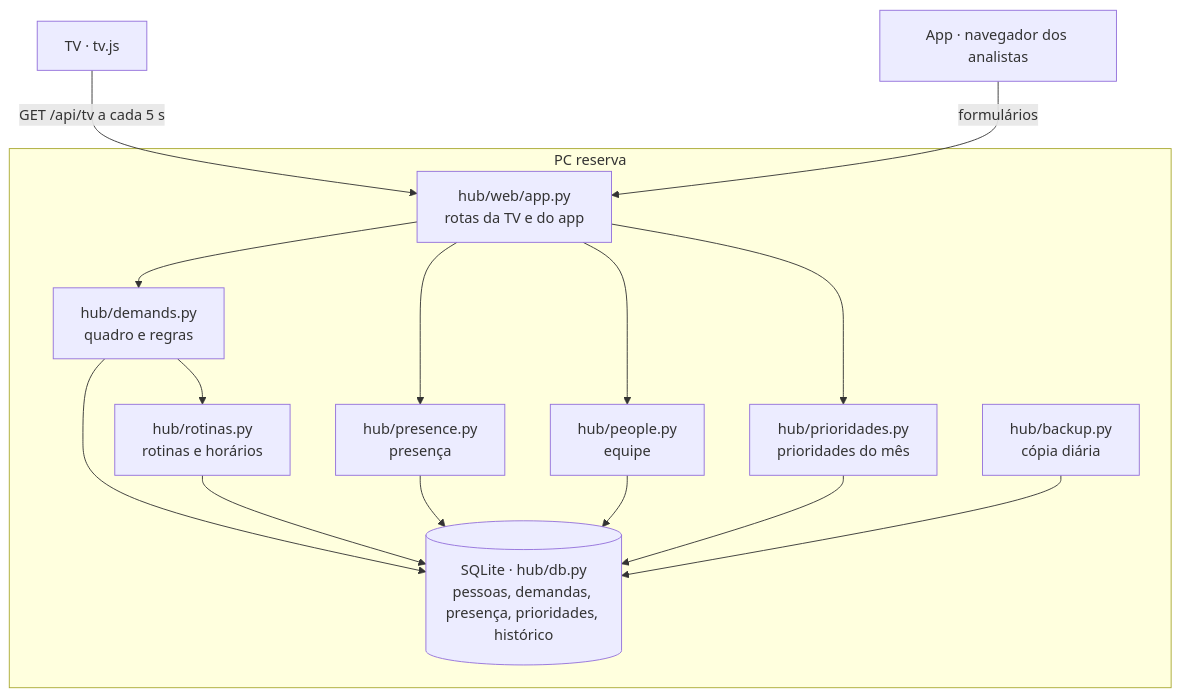
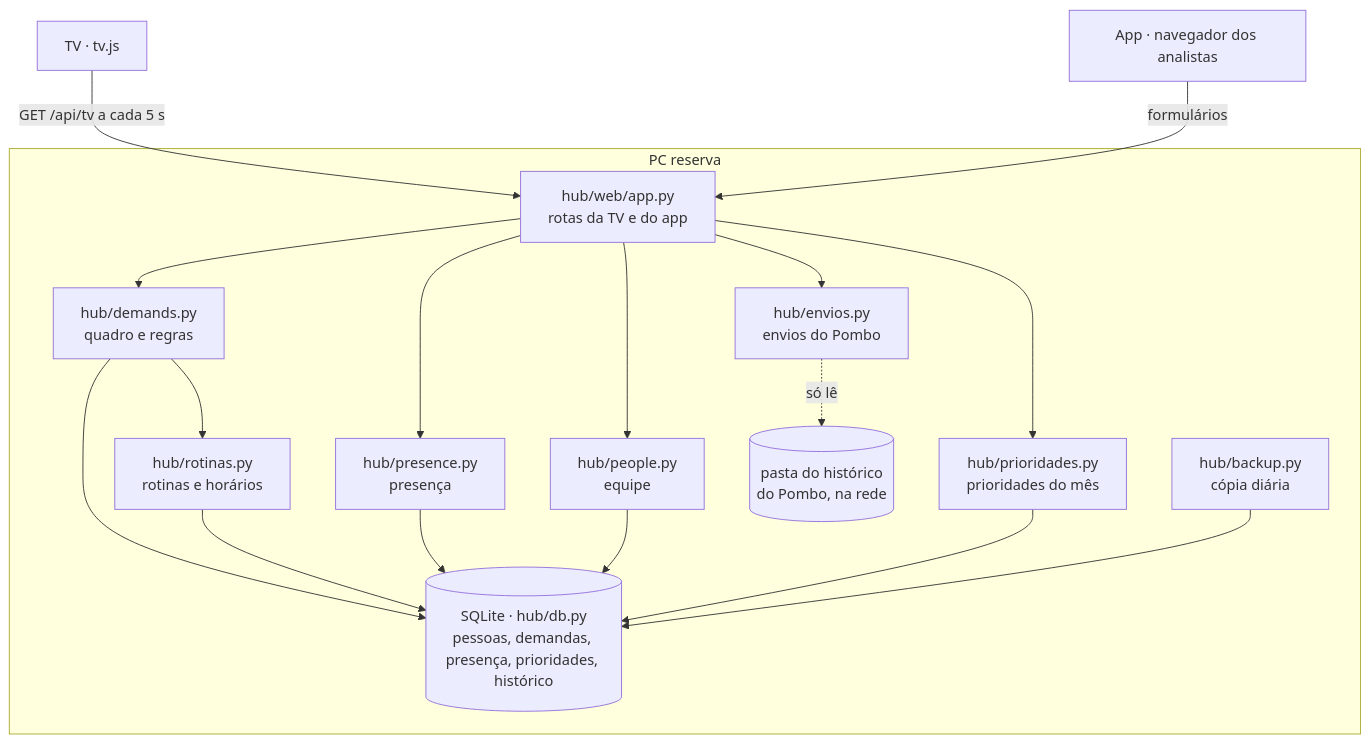
One commit to fishman2004/hub-analistas changed the diagram in docs/arquitetura.md. Above: the diagram before and after it, drawn with Mermaid. The commit also changed other lines of this file and 25 other files, not shown here.

````diff
--- a/docs/arquitetura.md
+++ b/docs/arquitetura.md
@@ -8,18 +8,20 @@
 ```mermaid
 flowchart TB
     subgraph PC reserva
         W[hub/web/app.py<br>rotas da TV e do app] --> D[hub/demands.py<br>quadro e regras]
         W --> P[hub/presence.py<br>presença]
         W --> PE[hub/people.py<br>equipe]
         D --> R[hub/rotinas.py<br>rotinas e horários]
         W --> PR[hub/prioridades.py<br>prioridades do mês]
         D --> DB[(SQLite · hub/db.py<br>pessoas, demandas, presença, prioridades, histórico)]
         R --> DB
+        W --> EN[hub/envios.py<br>envios do Pombo]
+        EN -. só lê .-> PH[(pasta do histórico<br>do Pombo, na rede)]
         P --> DB
         PE --> DB
         PR --> DB
         B[hub/backup.py<br>cópia diária] --> DB
     end
     TV[TV · tv.js] -- GET /api/tv a cada 5 s --> W
     APP[App · navegador dos analistas] -- formulários --> W
 ```
````
